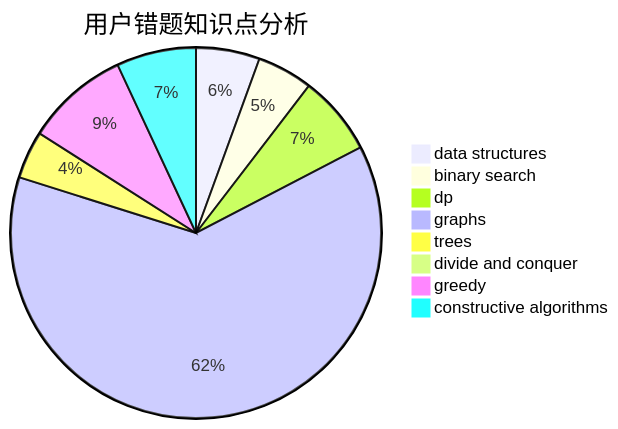
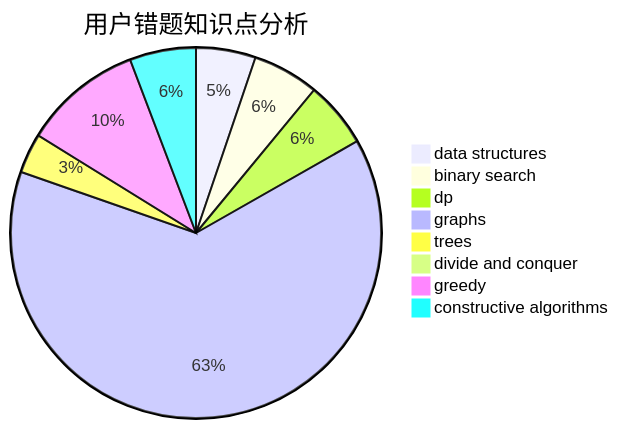
Before and after one commit to sherpahu/cfrs.github.io: the third of 3 diagrams in docs/user/u2104.md, drawn with Mermaid. The commit also changed other lines of this file and 2770 other files, not shown here.

````diff
--- a/docs/user/u2104.md
+++ b/docs/user/u2104.md
@@ -36,11 +36,11 @@
 ```mermaid
 pie title 用户错题知识点分析
-    "data structures" :  8
-    "binary search" :  7
+    "data structures" :  9
+    "binary search" :  10
     "dp" :  10
-    "graphs" :  90
+    "graphs" :  110
     "trees" :  6
     "divide and conquer" :  1
-    "greedy" :  13
+    "greedy" :  18
     "constructive algorithms" :  10
 ```
````
